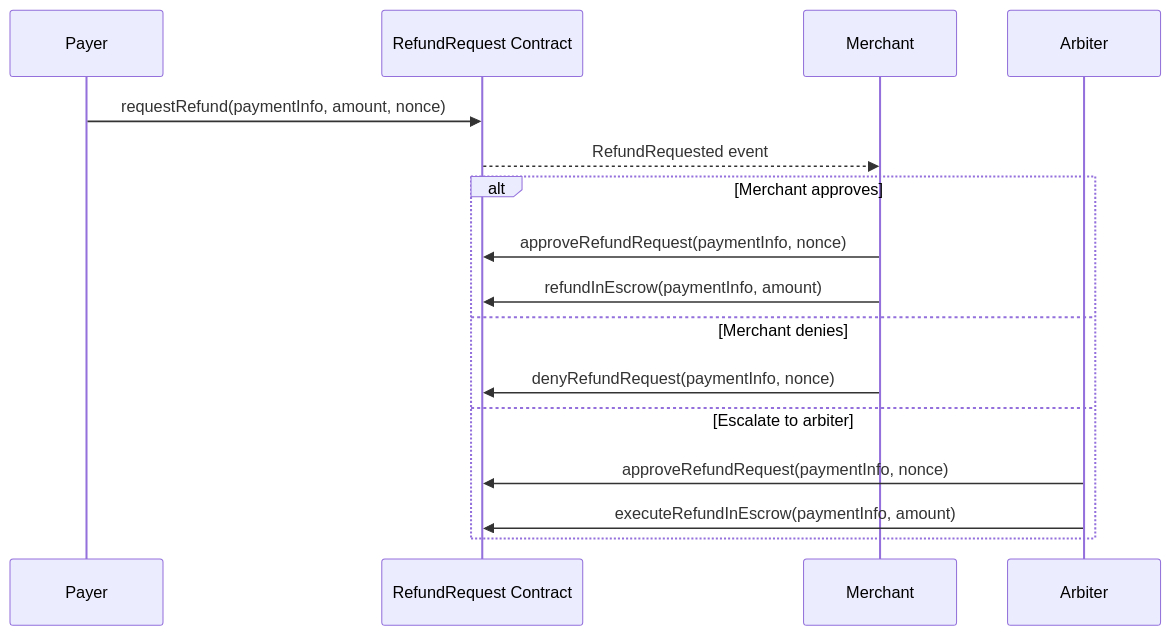
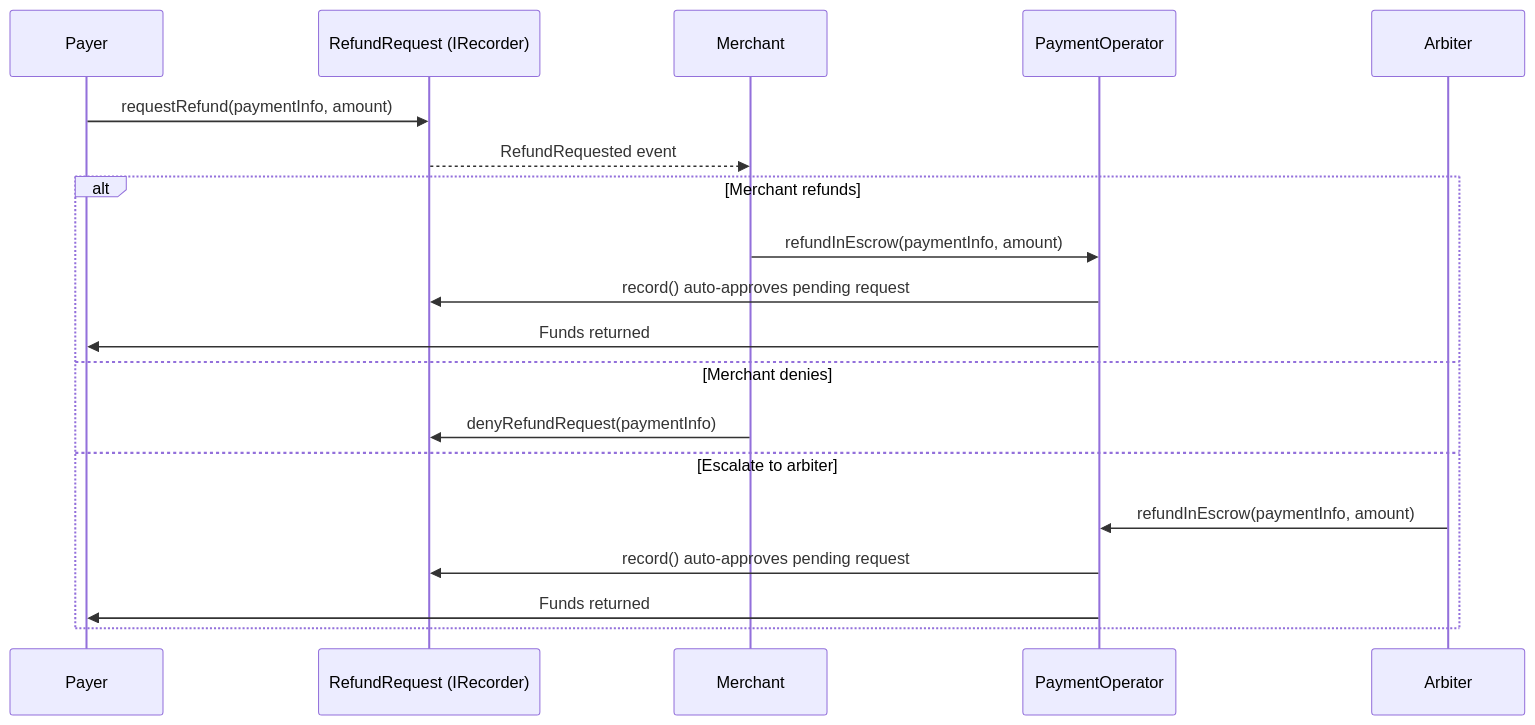
The second of 3 diagrams in sdk/concepts.mdx (BackTrackCo/docs), drawn with Mermaid before and after one commit. The commit also changed other lines of this file and 20 other files, not shown here.

````diff
--- a/sdk/concepts.mdx
+++ b/sdk/concepts.mdx
@@ -95,20 +97,23 @@
 ```mermaid
 sequenceDiagram
     participant P as Payer
-    participant R as RefundRequest Contract
+    participant R as RefundRequest (IRecorder)
     participant M as Merchant
+    participant O as PaymentOperator
     participant A as Arbiter
 
-    P->>R: requestRefund(paymentInfo, amount, nonce)
+    P->>R: requestRefund(paymentInfo, amount)
     R-->>M: RefundRequested event
 
-    alt Merchant approves
-        M->>R: approveRefundRequest(paymentInfo, nonce)
-        M->>R: refundInEscrow(paymentInfo, amount)
+    alt Merchant refunds
+        M->>O: refundInEscrow(paymentInfo, amount)
+        O->>R: record() auto-approves pending request
+        O->>P: Funds returned
     else Merchant denies
-        M->>R: denyRefundRequest(paymentInfo, nonce)
+        M->>R: denyRefundRequest(paymentInfo)
     else Escalate to arbiter
-        A->>R: approveRefundRequest(paymentInfo, nonce)
-        A->>R: executeRefundInEscrow(paymentInfo, amount)
+        A->>O: refundInEscrow(paymentInfo, amount)
+        O->>R: record() auto-approves pending request
+        O->>P: Funds returned
     end
 ```
````
